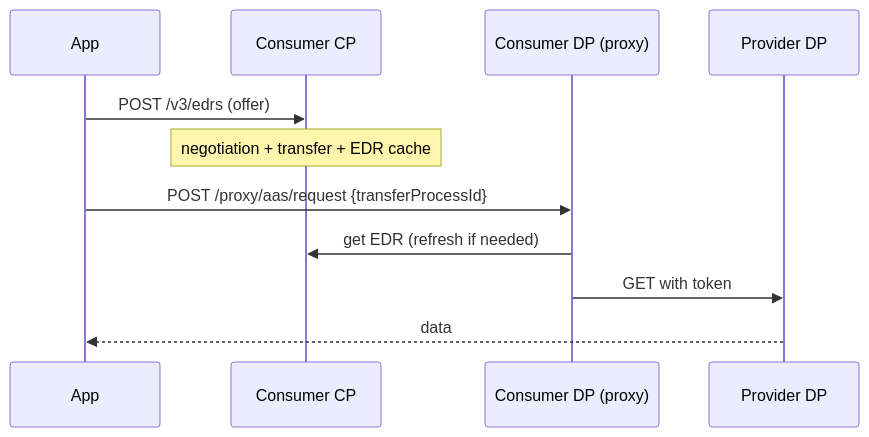
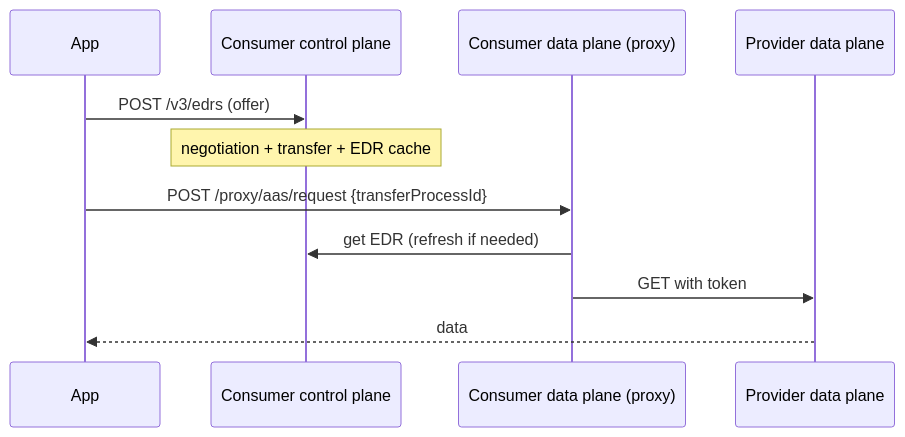
The diagram in docs/tutorials/consume-with-edrs.md (eclipse-tractusx/tractusx-edc), drawn with Mermaid before and after one commit. The commit also changed 4 other files, not shown here.

First line of the commit message:
docs: square sidebar rows; spell out control plane and data plane

````diff
--- a/docs/tutorials/consume-with-edrs.md
+++ b/docs/tutorials/consume-with-edrs.md
@@ -9,13 +9,13 @@
 ```mermaid
 sequenceDiagram
   participant App
-  participant CCP as Consumer CP
-  participant CDP as Consumer DP (proxy)
-  participant PDP as Provider DP
+  participant CCP as Consumer control plane
+  participant CDP as Consumer data plane (proxy)
+  participant PDP as Provider data plane
   App->>CCP: POST /v3/edrs (offer)
   Note over CCP: negotiation + transfer + EDR cache
   App->>CDP: POST /proxy/aas/request {transferProcessId}
   CDP->>CCP: get EDR (refresh if needed)
   CDP->>PDP: GET with token
   PDP-->>App: data
 ```
````
